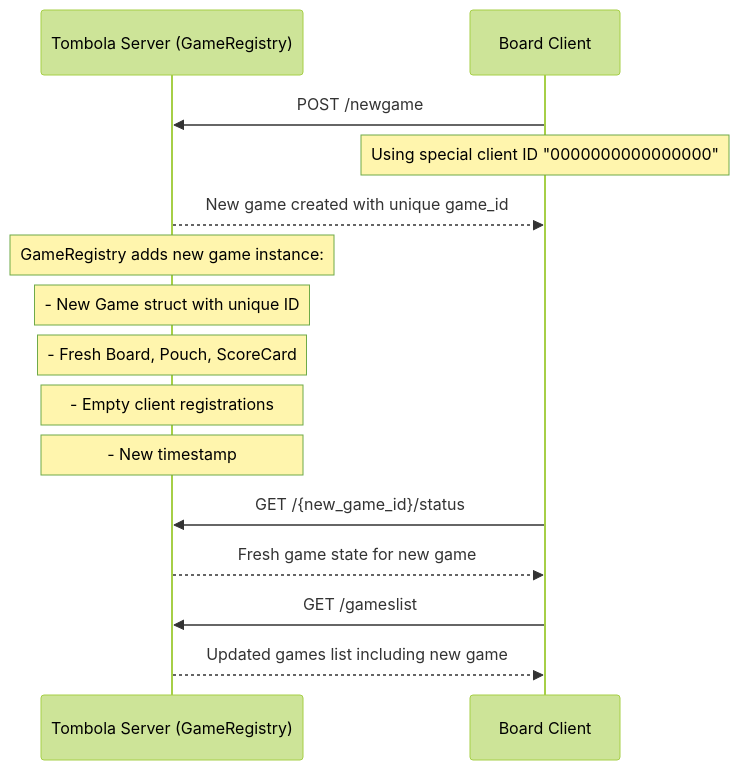
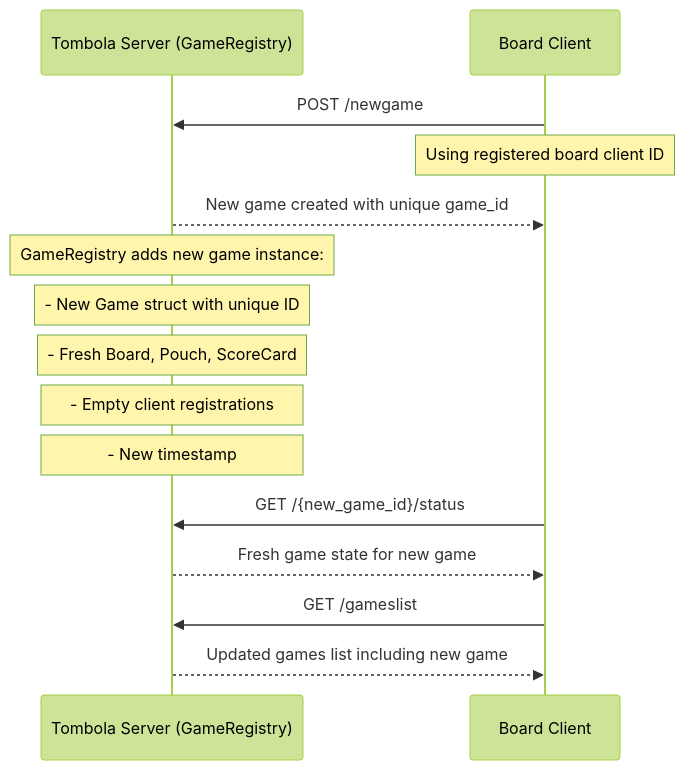
Before and after one commit to badbat75/tombola: the fourth of 11 diagrams in docs/FLOWS.md, drawn with Mermaid (forest theme). The commit also changed other lines of this file and 14 other files, not shown here.

````diff
--- a/docs/FLOWS.md
+++ b/docs/FLOWS.md
@@ -107,21 +107,21 @@
 ```mermaid
 sequenceDiagram
     participant S as Tombola Server (GameRegistry)
     participant BC as Board Client
 
     BC->>S: POST /newgame
-    Note over BC: Using special client ID "0000000000000000"
+    Note over BC: Using registered board client ID
     S-->>BC: New game created with unique game_id
 
     Note over S: GameRegistry adds new game instance:
     Note over S: - New Game struct with unique ID
     Note over S: - Fresh Board, Pouch, ScoreCard
     Note over S: - Empty client registrations
     Note over S: - New timestamp
 
     BC->>S: GET /{new_game_id}/status
     S-->>BC: Fresh game state for new game
 
     BC->>S: GET /gameslist
     S-->>BC: Updated games list including new game
 ```
````
